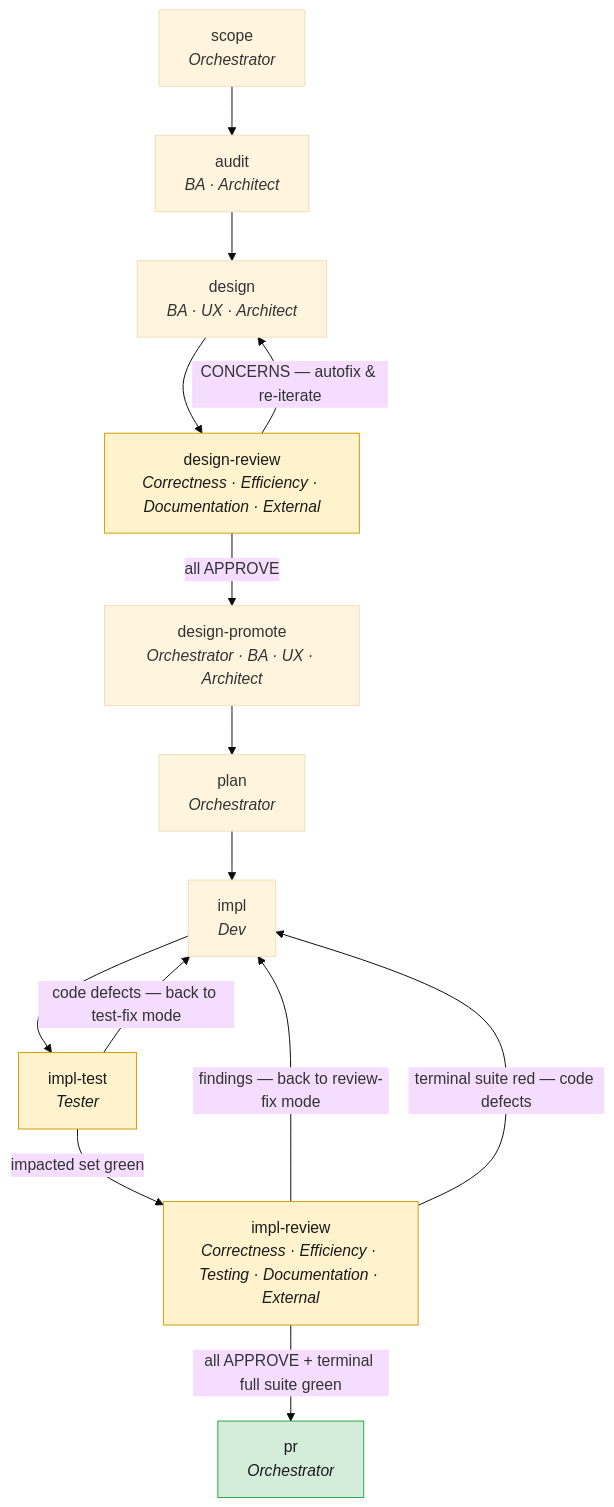
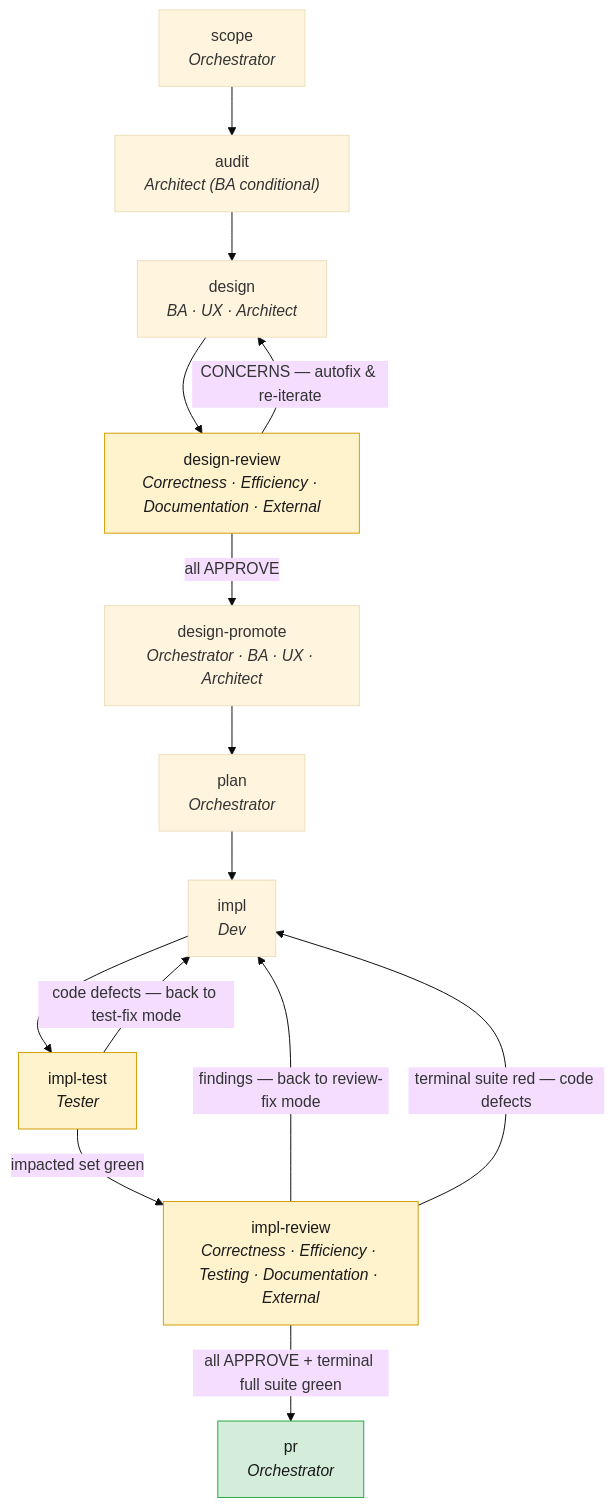
The diagram in README.md (LordKuper/agentic-software-development), drawn with Mermaid (base theme) before and after one commit. The commit also changed other lines of this file and 3 other files, not shown here.

````diff
--- a/README.md
+++ b/README.md
@@ -132,21 +132,21 @@
 ```mermaid
 flowchart TD
-    scope["scope<br/><i>Orchestrator</i>"] --> audit["audit<br/><i>BA · Architect</i>"]
+    scope["scope<br/><i>Orchestrator</i>"] --> audit["audit<br/><i>Architect (BA conditional)</i>"]
     audit --> design["design<br/><i>BA · UX · Architect</i>"]
     design --> dreview["design-review<br/><i>Correctness · Efficiency · Documentation · External</i>"]
     dreview -->|CONCERNS — autofix & re-iterate| design
     dreview -->|all APPROVE| dpromote["design-promote<br/><i>Orchestrator · BA · UX · Architect</i>"]
     dpromote --> plan["plan<br/><i>Orchestrator</i>"]
     plan --> impl["impl<br/><i>Dev</i>"]
     impl --> itest["impl-test<br/><i>Tester</i>"]
     itest -->|code defects — back to test-fix mode| impl
     itest -->|impacted set green| ireview["impl-review<br/><i>Correctness · Efficiency · Testing · Documentation · External</i>"]
     ireview -->|findings — back to review-fix mode| impl
     ireview -->|terminal suite red — code defects| impl
     ireview -->|all APPROVE + terminal full suite green| pr["pr<br/><i>Orchestrator</i>"]
 
     classDef review fill:#fff3cd,stroke:#d39e00,color:#1a1a1a;
     classDef done fill:#d4edda,stroke:#28a745,color:#1a1a1a;
     class dreview,ireview,itest review;
     class pr done;
 ```
````
